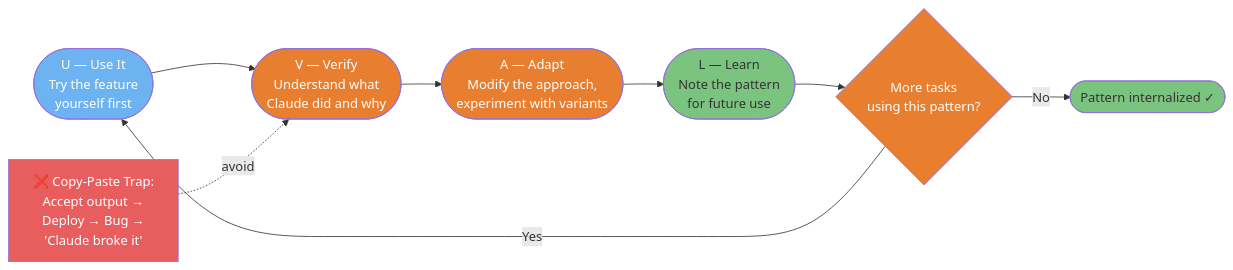
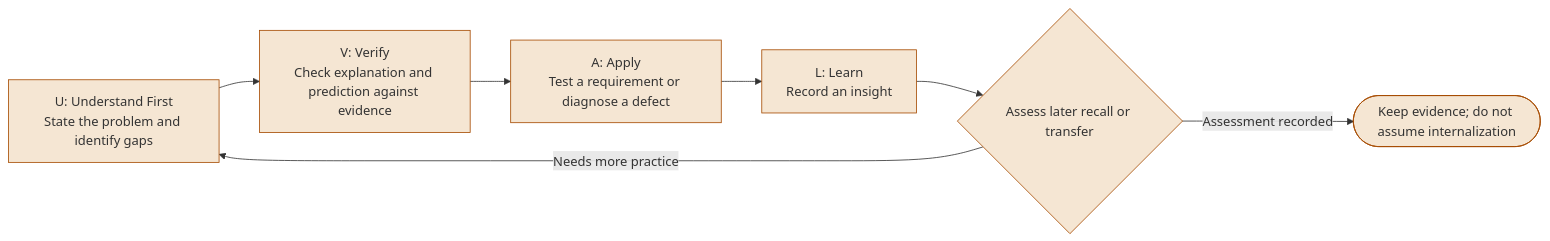
One commit to FlorianBruniaux/claude-code-ultimate-guide changed the second of 3 diagrams in guide/diagrams/10-adoption-and-learning.md. Above: the diagram before and after it, drawn with Mermaid. The commit also changed other lines of this file and 17 other files, not shown here.

Commit message:
docs: refresh all diagrams and correct their source guidance

````diff
--- a/guide/diagrams/10-adoption-and-learning.md
+++ b/guide/diagrams/10-adoption-and-learning.md
@@ -94,31 +83,18 @@
 ```mermaid
 flowchart LR
-    U([U — Use It<br/>Try the feature<br/>yourself first]) --> V
+    U[U: Understand First<br/>State the problem and identify gaps] --> V
+    V[V: Verify<br/>Check explanation and prediction against evidence] --> A
+    A[A: Apply<br/>Test a requirement or diagnose a defect] --> L
+    L[L: Learn<br/>Record an insight] --> N{Assess later recall or transfer}
+    N -->|Needs more practice| U
+    N -->|Assessment recorded| R([Keep evidence; do not assume internalization])
 
-    V([V — Verify<br/>Understand what<br/>Claude did and why]) --> A
-
-    A([A — Adapt<br/>Modify the approach,<br/>experiment with variants]) --> L
-
-    L([L — Learn<br/>Note the pattern<br/>for future use]) --> NEXT
-
-    NEXT{More tasks<br/>using this pattern?} -->|Yes| U
-    NEXT -->|No| DONE([Pattern internalized ✓])
-
-    TRAP["❌ Copy-Paste Trap:<br/>Accept output →<br/>Deploy → Bug →<br/>'Claude broke it'"] -.->|avoid| V
-
-    style U fill:#6DB3F2,color:#fff
-    style V fill:#E87E2F,color:#fff
-    style A fill:#E87E2F,color:#fff
-    style L fill:#7BC47F,color:#333
-    style NEXT fill:#E87E2F,color:#fff
-    style DONE fill:#7BC47F,color:#333
-    style TRAP fill:#E85D5D,color:#fff
-
-    click U href "https://github.com/FlorianBruniaux/claude-code-ultimate-guide/blob/main/guide/roles/learning-with-ai.md" "Use It"
-    click V href "https://github.com/FlorianBruniaux/claude-code-ultimate-guide/blob/main/guide/roles/learning-with-ai.md" "Verify"
-    click A href "https://github.com/FlorianBruniaux/claude-code-ultimate-guide/blob/main/guide/roles/learning-with-ai.md" "Adapt"
-    click L href "https://github.com/FlorianBruniaux/claude-code-ultimate-guide/blob/main/guide/roles/learning-with-ai.md" "Learn"
-    click NEXT href "https://github.com/FlorianBruniaux/claude-code-ultimate-guide/blob/main/guide/roles/learning-with-ai.md" "More tasks using this pattern?"
-    click DONE href "https://github.com/FlorianBruniaux/claude-code-ultimate-guide/blob/main/guide/roles/learning-with-ai.md" "Pattern internalized"
-    click TRAP href "https://github.com/FlorianBruniaux/claude-code-ultimate-guide/blob/main/guide/roles/learning-with-ai.md" "Copy-Paste Trap"
+    classDef diagramNode fill:#F5E6D3,color:#333,stroke:#A64B00
+    class U,V,A,L,N,R diagramNode
+    click U href "https://github.com/FlorianBruniaux/claude-code-ultimate-guide/blob/main/guide/roles/learning-with-ai.md#the-uval-protocol" "View in guide"
+    click V href "https://github.com/FlorianBruniaux/claude-code-ultimate-guide/blob/main/guide/roles/learning-with-ai.md#the-uval-protocol" "View in guide"
+    click A href "https://github.com/FlorianBruniaux/claude-code-ultimate-guide/blob/main/guide/roles/learning-with-ai.md#the-uval-protocol" "View in guide"
+    click L href "https://github.com/FlorianBruniaux/claude-code-ultimate-guide/blob/main/guide/roles/learning-with-ai.md#the-uval-protocol" "View in guide"
+    click N href "https://github.com/FlorianBruniaux/claude-code-ultimate-guide/blob/main/guide/roles/learning-with-ai.md#the-uval-protocol" "View in guide"
+    click R href "https://github.com/FlorianBruniaux/claude-code-ultimate-guide/blob/main/guide/roles/learning-with-ai.md#the-uval-protocol" "View in guide"
 ```
````
